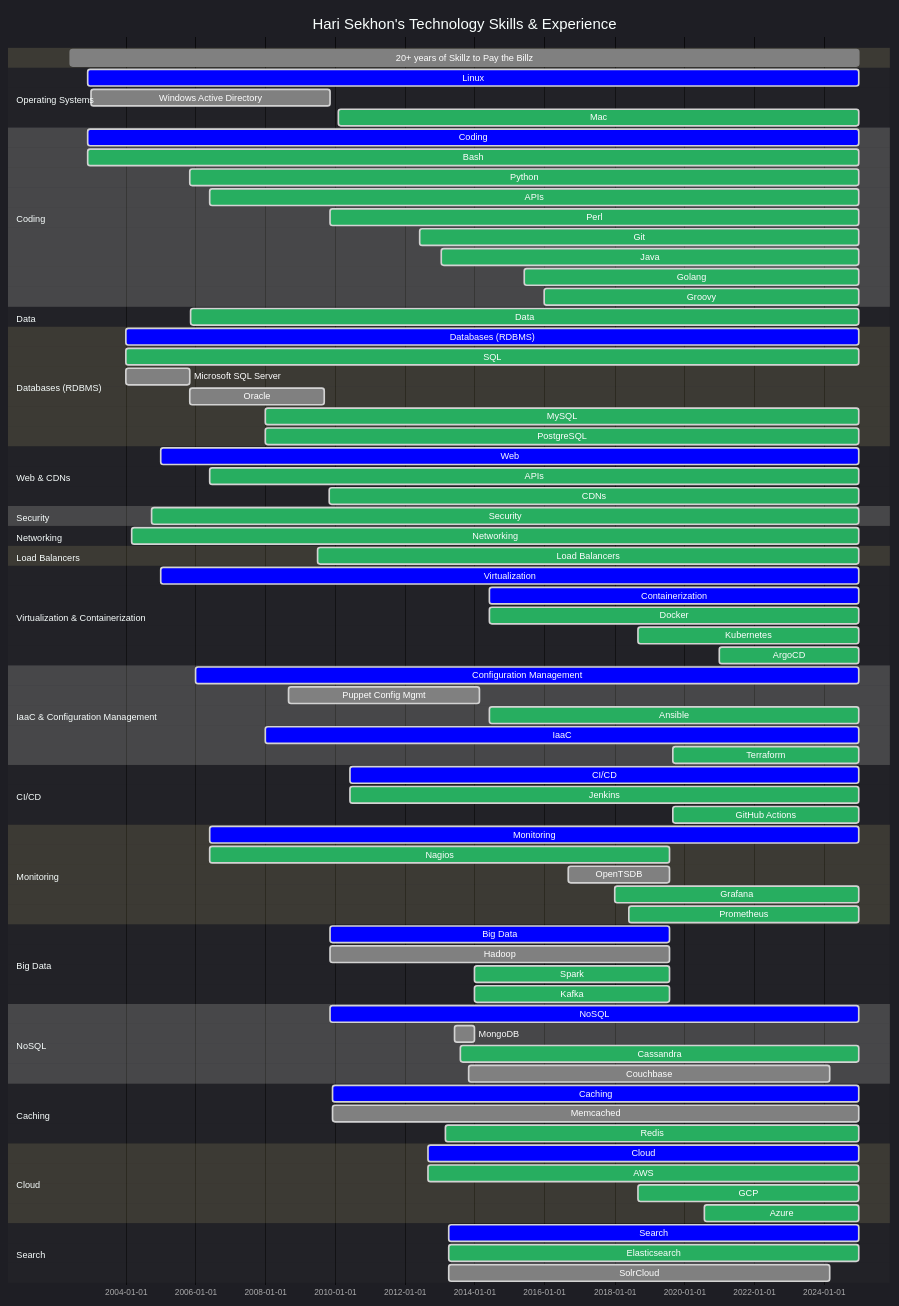
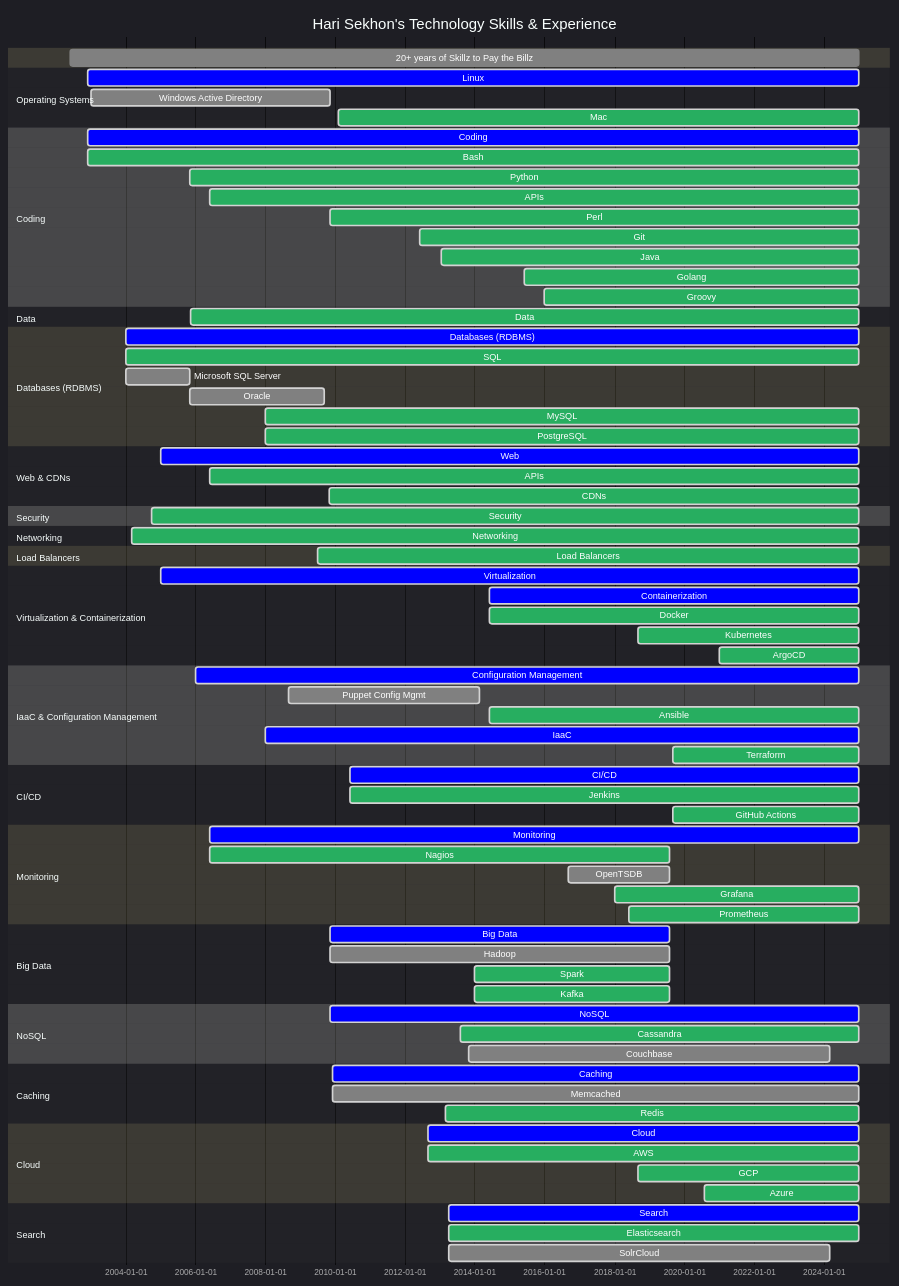
One commit to HariSekhon/HariSekhon changed the diagram in README.md. Above: the diagram before and after it, drawn with Mermaid.

```diff
--- a/README.md
+++ b/README.md
@@ -449,7 +449,7 @@
 
     section NoSQL
     NoSQL                  : crit, 2009-11-13, 2024-12-31
-    MongoDB                : done, 2013-06-01, 2013-12-31
+    %%MongoDB                : done, 2013-06-01, 2013-12-31
     Cassandra              : active, 2013-08-01, 2024-12-31
     Couchbase              : done, 2013-11-01, 2024-03-01
 
```
